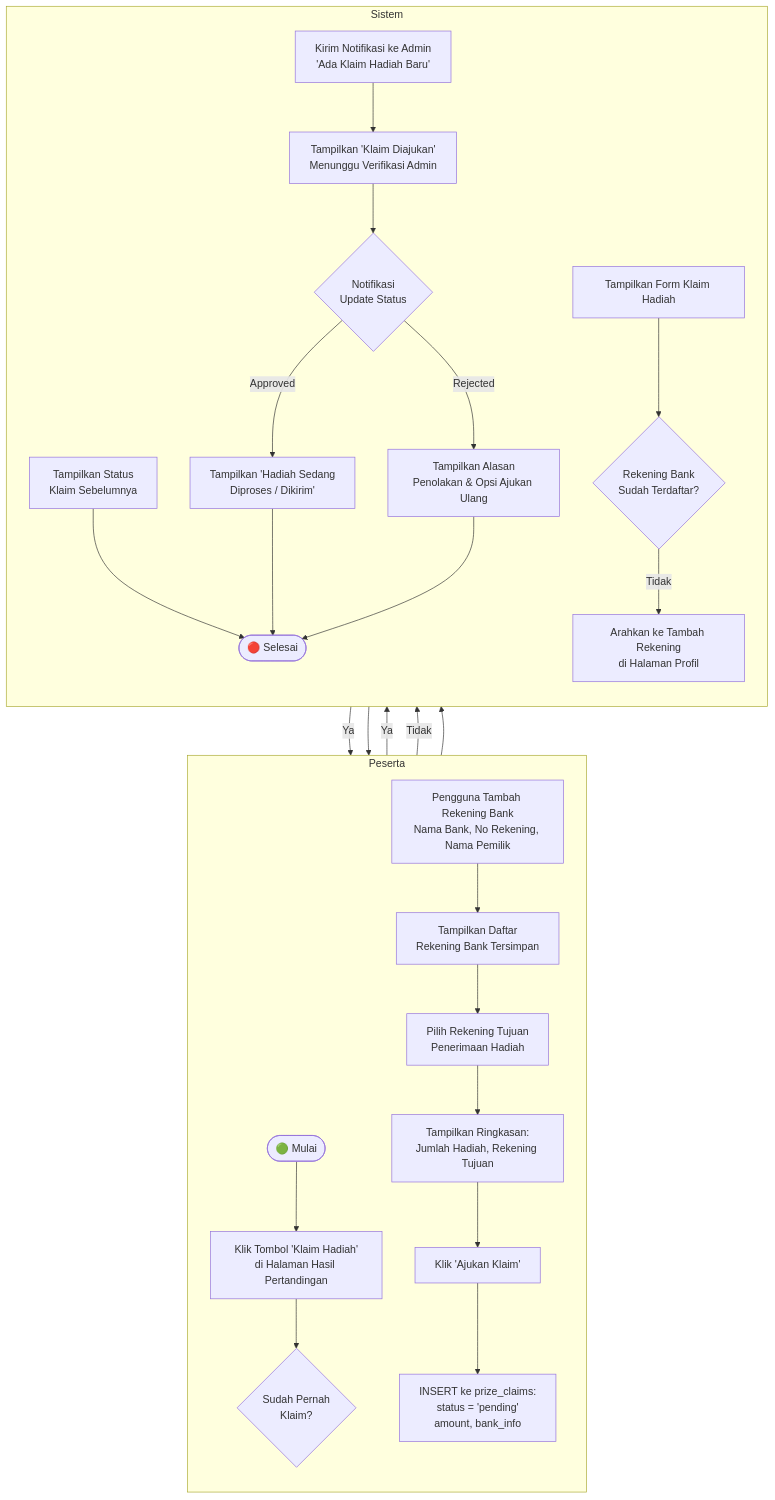
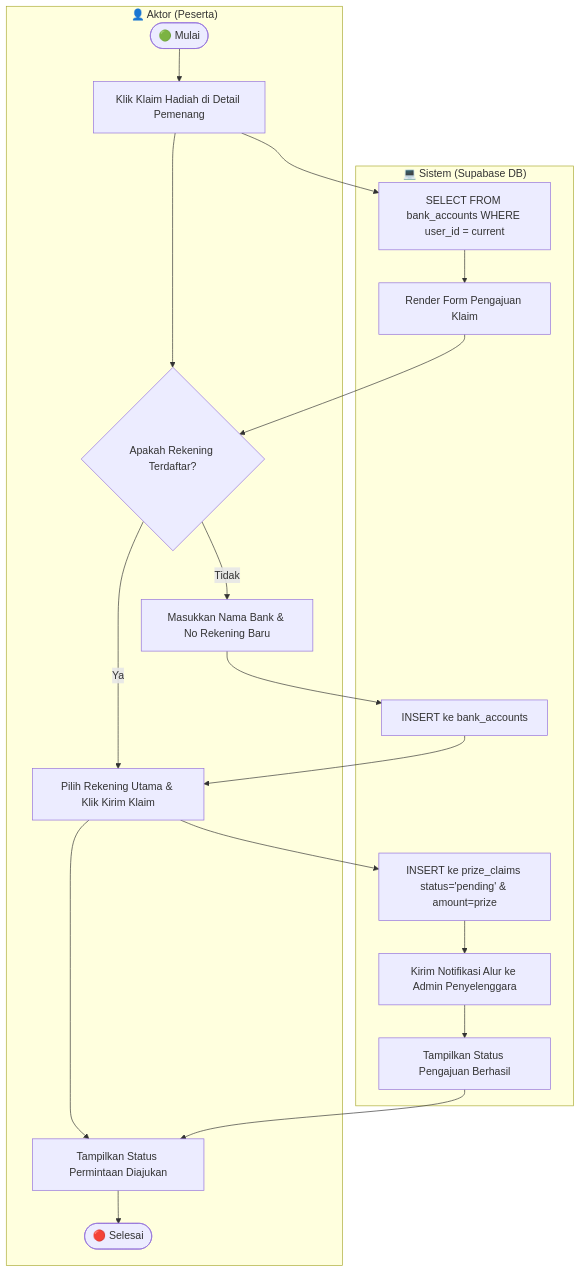
One commit to yosima050/booyahhub changed diagram 11 of 43 in DOKUMENTASI.md. Above: the diagram before and after it, drawn with Mermaid. The commit also changed other lines of this file, not shown here.

````diff
--- a/DOKUMENTASI.md
+++ b/DOKUMENTASI.md
@@ -533,30 +413,19 @@
 ```mermaid
 flowchart TD
-    subgraph Peserta
-        direction TB
-        A([🟢 Mulai]) --> B[Klik Tombol 'Klaim Hadiah'<br/>di Halaman Hasil Pertandingan]
-        B --> C
-        I[Pengguna Tambah Rekening Bank<br/>Nama Bank, No Rekening, Nama Pemilik] --> G
-        J[Pilih Rekening Tujuan<br/>Penerimaan Hadiah] --> K
-        L[Klik 'Ajukan Klaim'] --> M
+    subgraph Aktor ["👤 Aktor (Peserta)"]
+        J1([🟢 Mulai]) --> J2[Klik Klaim Hadiah di Detail Pemenang]
+        J2 --> J3{Apakah Rekening Terdaftar?}
+        J3 -->|Tidak| J4[Masukkan Nama Bank & No Rekening Baru]
+        J3 -->|Ya| J5[Pilih Rekening Utama & Klik Kirim Klaim]
+        J5 --> J6[Tampilkan Status Permintaan Diajukan] --> J7([🔴 Selesai])
     end
 
-    subgraph Sistem
-        direction TB
-        C{Sudah Pernah<br/>Klaim?} -->|Ya| D[Tampilkan Status<br/>Klaim Sebelumnya]
-        D --> Z([🔴 Selesai])
-        C -->|Tidak| E[Tampilkan Form Klaim Hadiah]
-        E --> F{Rekening Bank<br/>Sudah Terdaftar?}
-        F -->|Ya| G[Tampilkan Daftar<br/>Rekening Bank Tersimpan]
-        F -->|Tidak| H[Arahkan ke Tambah Rekening<br/>di Halaman Profil]
-        H --> I
-        G --> J
-        K[Tampilkan Ringkasan:<br/>Jumlah Hadiah, Rekening Tujuan] --> L
-        M[INSERT ke prize_claims:<br/>status = 'pending'<br/>amount, bank_info] --> N[Kirim Notifikasi ke Admin<br/>'Ada Klaim Hadiah Baru']
-        N --> O[Tampilkan 'Klaim Diajukan'<br/>Menunggu Verifikasi Admin]
-        O --> P{Notifikasi<br/>Update Status}
-        P -->|Approved| Q[Tampilkan 'Hadiah Sedang<br/>Diproses / Dikirim']
-        P -->|Rejected| R[Tampilkan Alasan<br/>Penolakan & Opsi Ajukan Ulang]
-        Q & R --> Z
+    subgraph Sistem ["💻 Sistem (Supabase DB)"]
+        J2 --> S1[SELECT FROM bank_accounts WHERE user_id = current]
+        S1 --> S2[Render Form Pengajuan Klaim] --> J3
+        J4 --> S3[INSERT ke bank_accounts] --> J5
+        J5 --> S4[INSERT ke prize_claims status='pending' & amount=prize]
+        S4 --> S5[Kirim Notifikasi Alur ke Admin Penyelenggara]
+        S5 --> S6[Tampilkan Status Pengajuan Berhasil] --> J6
     end
 ```
````
